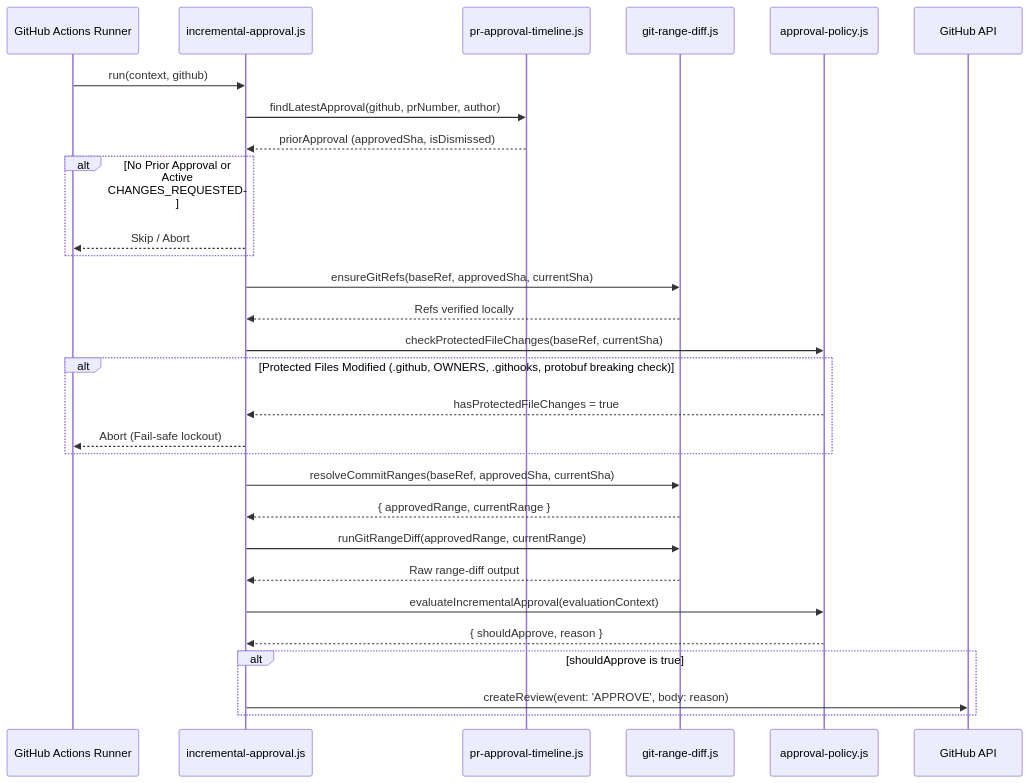
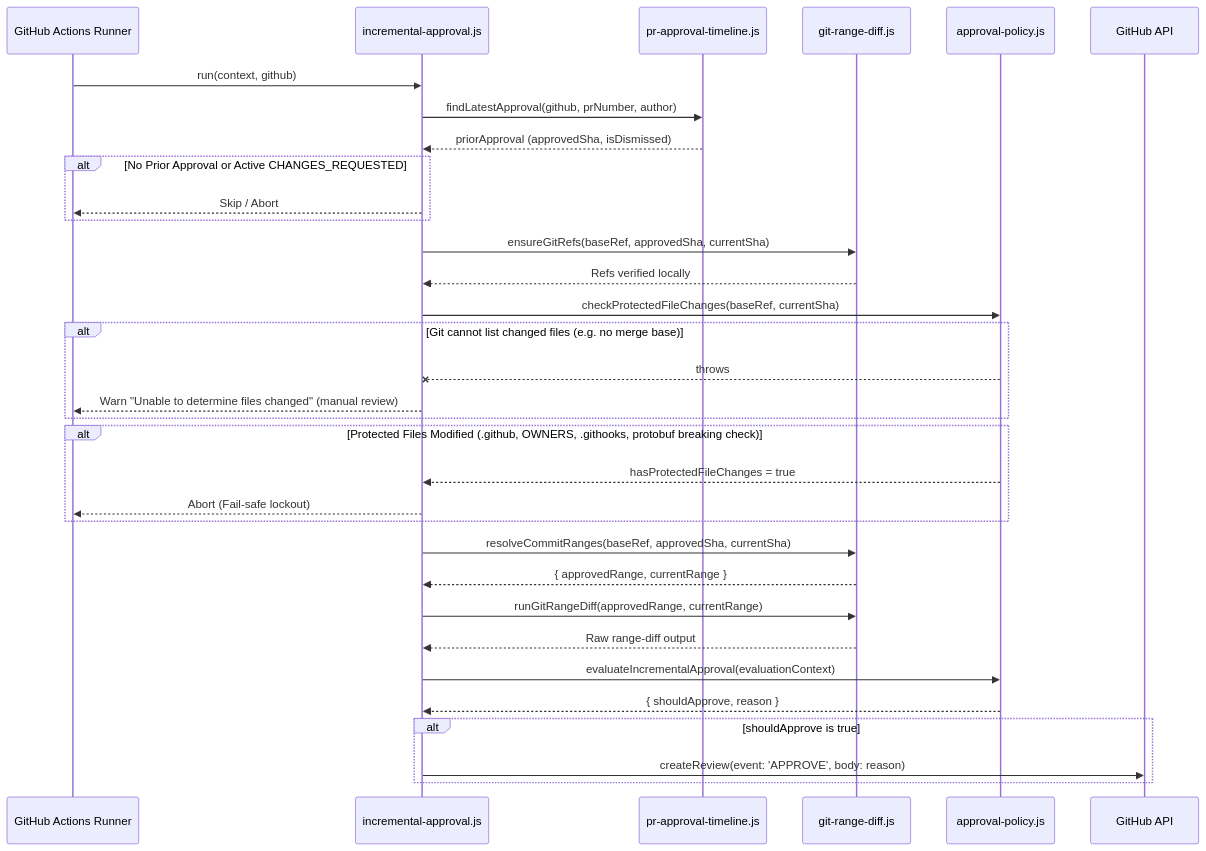
One commit to google/xmc changed the second of 2 diagrams in .github/scripts/README.md. Above: the diagram before and after it, drawn with Mermaid. The commit also changed 5 other files, not shown here.

````diff
--- a/.github/scripts/README.md
+++ b/.github/scripts/README.md
@@ -51,39 +51,43 @@
 ```mermaid
 sequenceDiagram
     participant CI as GitHub Actions Runner
     participant Orch as incremental-approval.js
     participant TL as pr-approval-timeline.js
     participant Git as git-range-diff.js
     participant Pol as approval-policy.js
     participant GH as GitHub API
 
     CI->>Orch: run(context, github)
     Orch->>TL: findLatestApproval(github, prNumber, author)
     TL-->>Orch: priorApproval (approvedSha, isDismissed)
     
     alt No Prior Approval or Active CHANGES_REQUESTED
         Orch-->>CI: Skip / Abort
     end
 
     Orch->>Git: ensureGitRefs(baseRef, approvedSha, currentSha)
     Git-->>Orch: Refs verified locally
 
     Orch->>Pol: checkProtectedFileChanges(baseRef, currentSha)
+    alt Git cannot list changed files (e.g. no merge base)
+        Pol--xOrch: throws
+        Orch-->>CI: Warn "Unable to determine files changed" (manual review)
+    end
     alt Protected Files Modified (.github, OWNERS, .githooks, protobuf breaking check)
         Pol-->>Orch: hasProtectedFileChanges = true
         Orch-->>CI: Abort (Fail-safe lockout)
     end
 
     Orch->>Git: resolveCommitRanges(baseRef, approvedSha, currentSha)
     Git-->>Orch: { approvedRange, currentRange }
 
     Orch->>Git: runGitRangeDiff(approvedRange, currentRange)
     Git-->>Orch: Raw range-diff output
 
     Orch->>Pol: evaluateIncrementalApproval(evaluationContext)
     Pol-->>Orch: { shouldApprove, reason }
 
     alt shouldApprove is true
         Orch->>GH: createReview(event: 'APPROVE', body: reason)
     end
 ```
````
